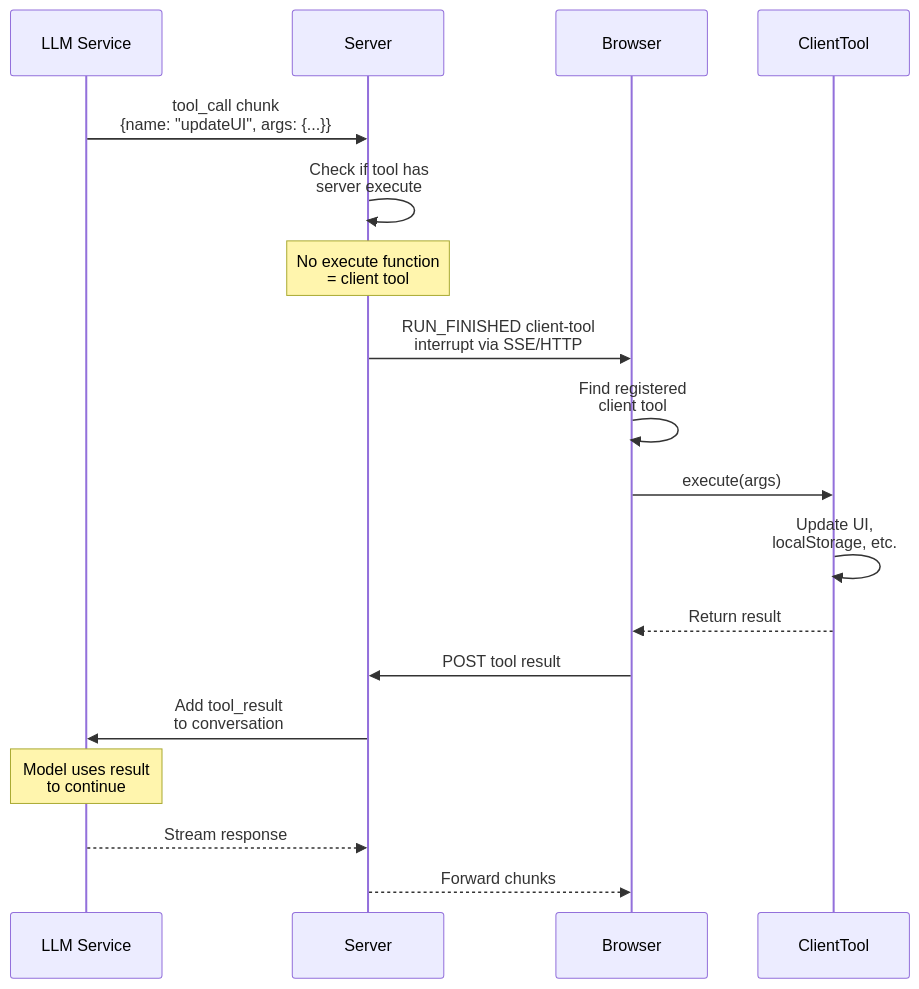
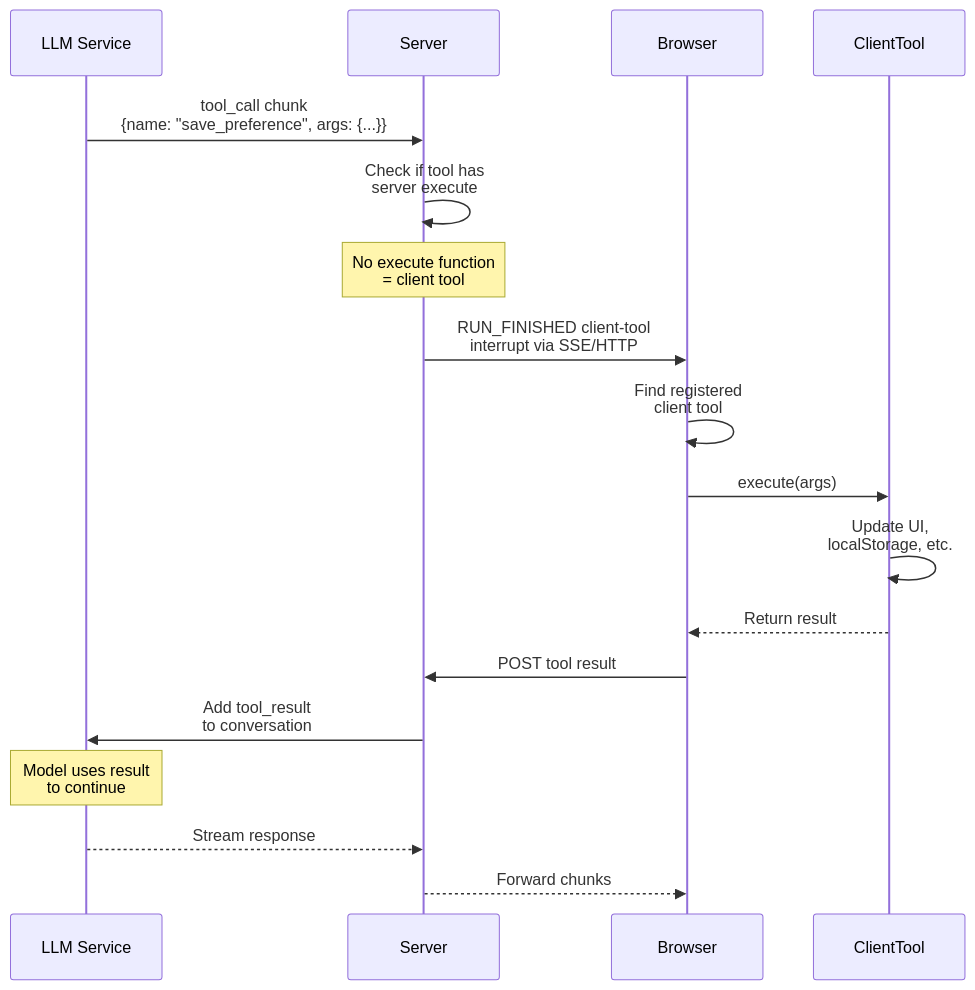
One commit to TPSJASPER/ai changed the diagram in docs/tools/client-tools.md. Above: the diagram before and after it, drawn with Mermaid. The commit also changed other lines of this file and 248 other files, not shown here.

````diff
--- a/docs/tools/client-tools.md
+++ b/docs/tools/client-tools.md
@@ -18,25 +143,25 @@
 ```mermaid
 sequenceDiagram
     participant LLM Service
     participant Server
     participant Browser
     participant ClientTool
-    
-    LLM Service->>Server: tool_call chunk<br/>{name: "updateUI", args: {...}}
+
+    LLM Service->>Server: tool_call chunk<br/>{name: "save_preference", args: {...}}
     Server->>Server: Check if tool has<br/>server execute
-    
+
     Note over Server: No execute function<br/>= client tool
-    
+
     Server->>Browser: RUN_FINISHED client-tool<br/>interrupt via SSE/HTTP
     Browser->>Browser: Find registered<br/>client tool
     Browser->>ClientTool: execute(args)
     ClientTool->>ClientTool: Update UI,<br/>localStorage, etc.
     ClientTool-->>Browser: Return result
     Browser->>Server: POST tool result
     Server->>LLM Service: Add tool_result<br/>to conversation
-    
+
     Note over LLM Service: Model uses result<br/>to continue
-    
+
     LLM Service-->>Server: Stream response
     Server-->>Browser: Forward chunks
 ```
````
